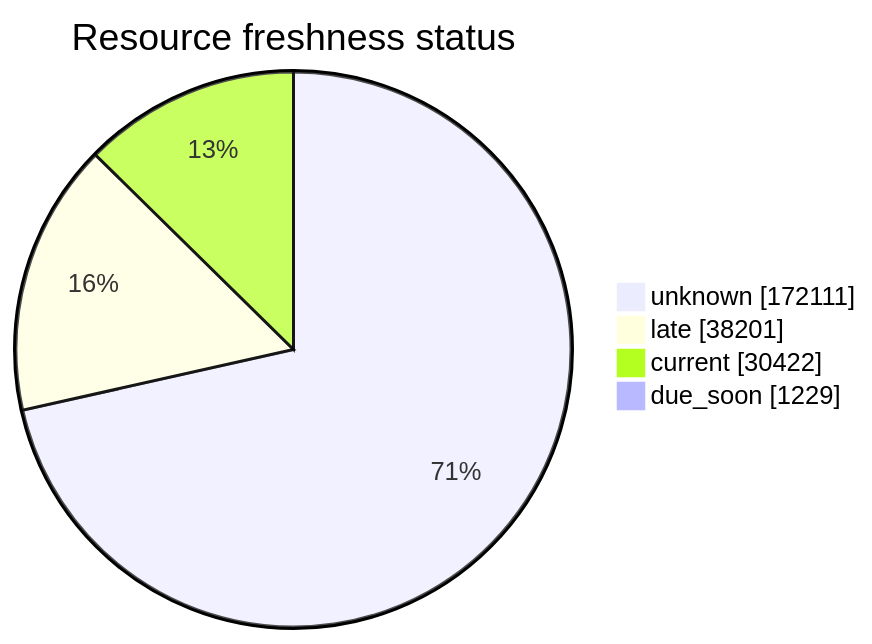
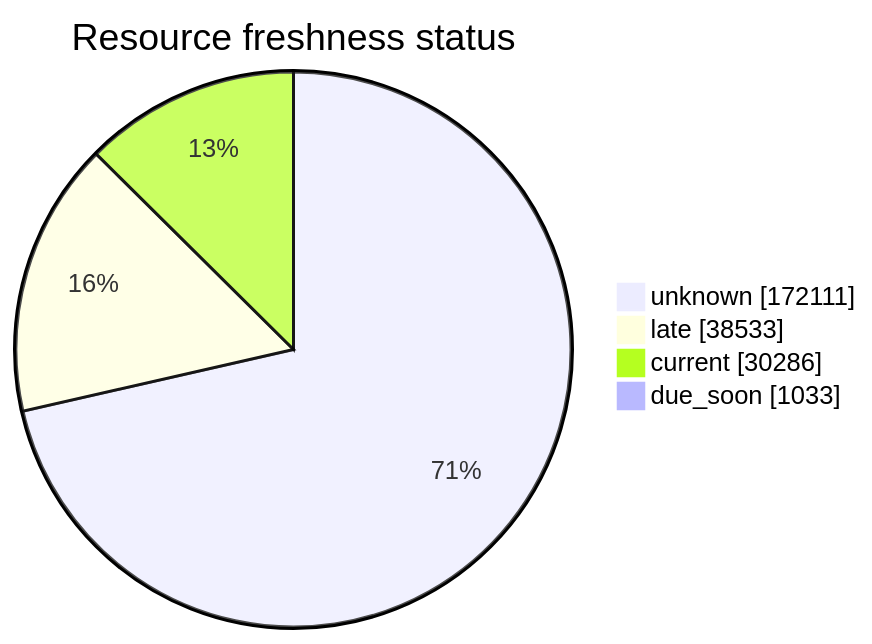
Before and after one commit to open-data/analytics-corporate-reporting: the third of 5 diagrams in FreshCheck/README.md, drawn with Mermaid. The commit also changed other lines of this file and 3 other files, not shown here.

````diff
--- a/FreshCheck/README.md
+++ b/FreshCheck/README.md
@@ -77,7 +77,7 @@
 ```mermaid
 pie showData title Resource freshness status
     "unknown": 172111
-    "late": 38201
-    "current": 30422
-    "due_soon": 1229
+    "late": 38533
+    "current": 30286
+    "due_soon": 1033
 ```
````
